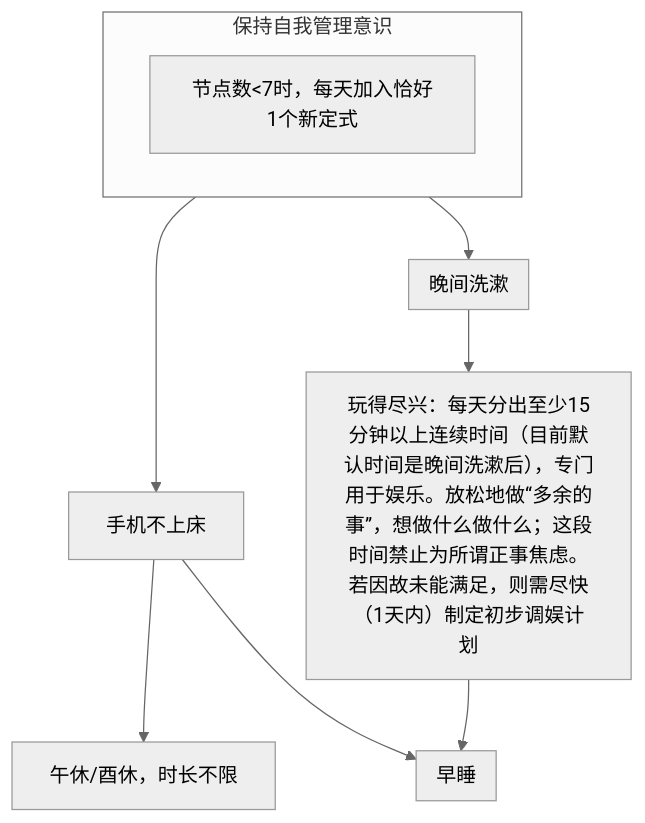
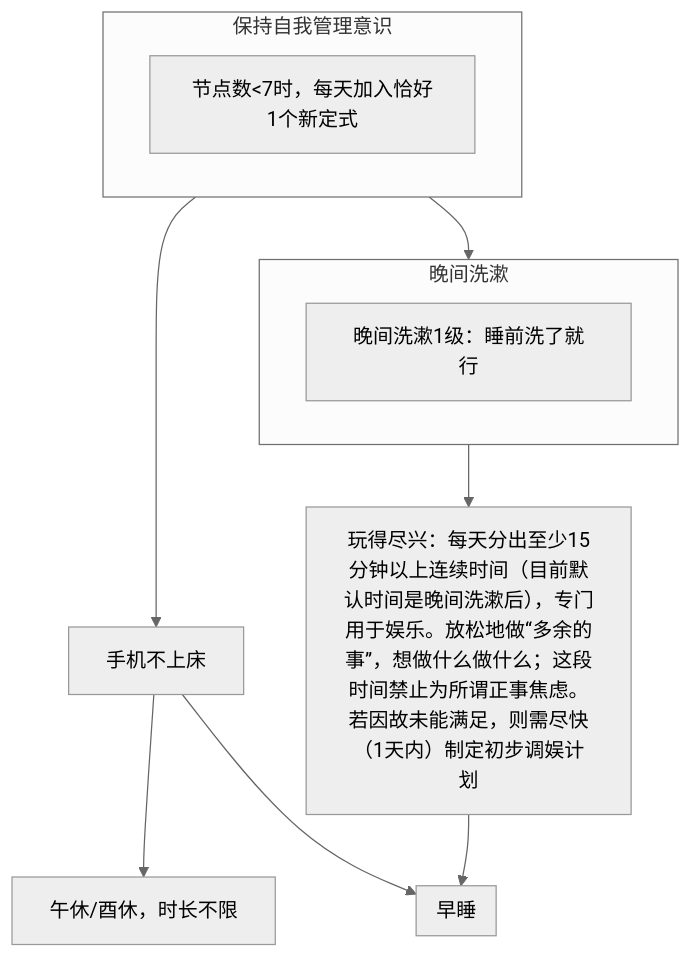
The diagram in README.md (Ethkuil/RSIP-tree), drawn with Mermaid (neutral theme) before and after one commit.

Commit message:
insert #b: 晚间洗漱1级：睡前洗了就行

````diff
--- a/README.md
+++ b/README.md
@@ -7,22 +7,22 @@
 ```mermaid
 graph TD
 
 subgraph 5[保持自我管理意识]
 0[节点数<7时，每天加入恰好1个新定式]
 end
 
 5 --> 1[手机不上床]
 1 --> 2[午休/酉休，时长不限]
 
 5 --> 6
 subgraph 6[晚间洗漱]
-
+b[晚间洗漱1级：睡前洗了就行]
 end
 6 --> 8[玩得尽兴：每天分出至少15分钟以上连续时间（目前默认时间是晚间洗漱后），专门用于娱乐。放松地做“多余的事”，想做什么做什么；这段时间禁止为所谓正事焦虑。若因故未能满足，则需尽快（1天内）制定初步调娱计划]
 
 1 --> 9
 8 --> 9
 subgraph 9[早睡]
 
 end
 ```
````
